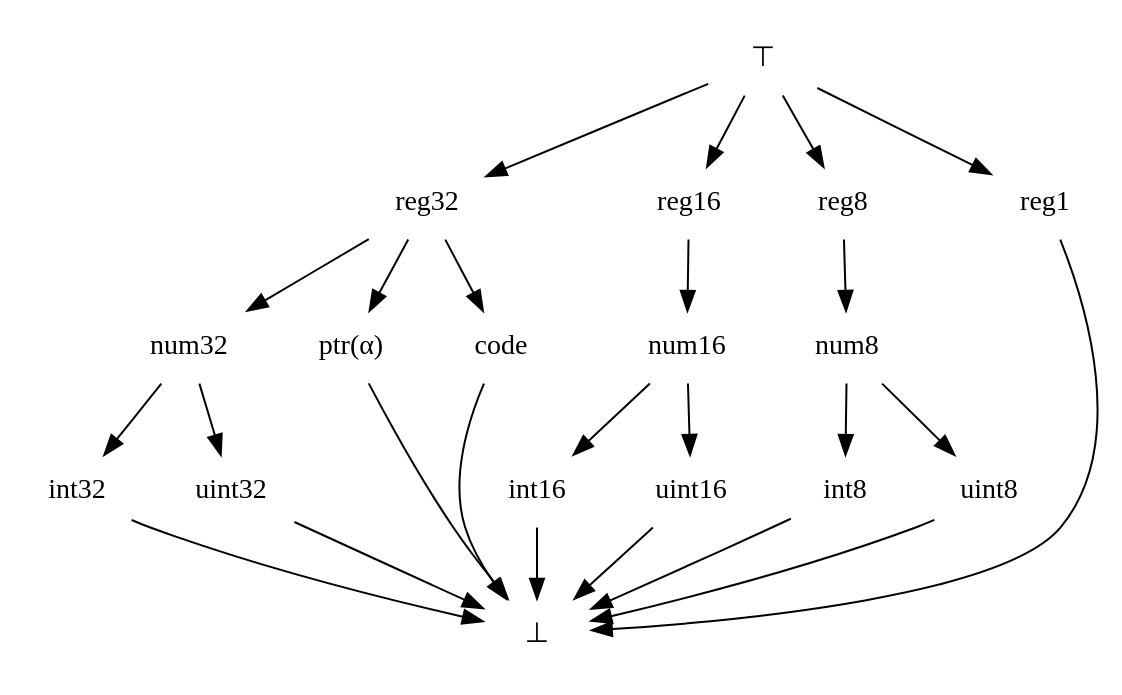
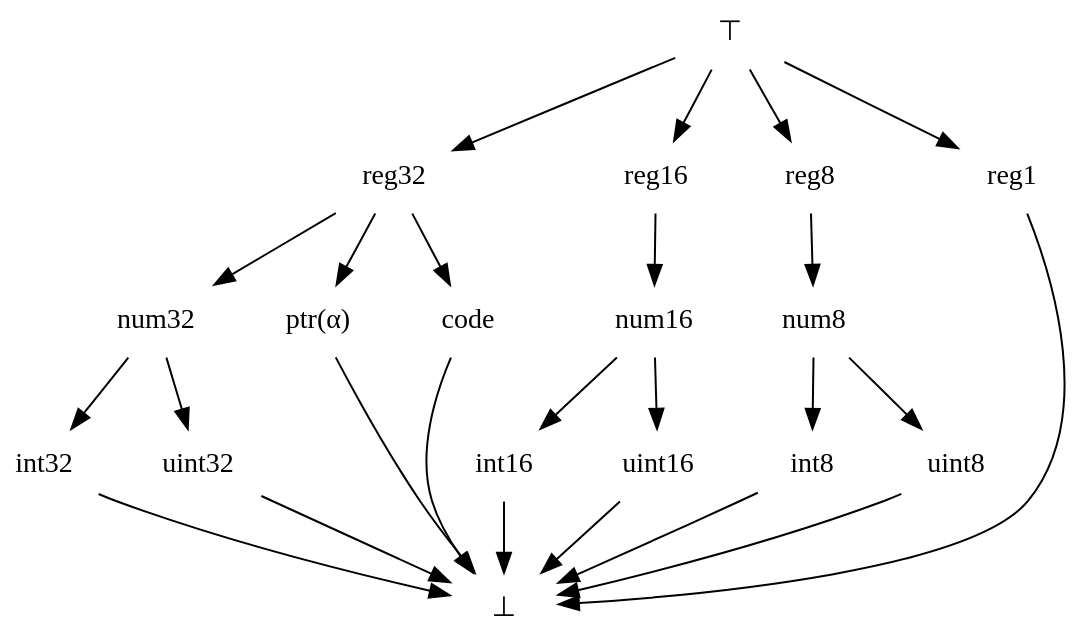
One commit to decomp/doc changed the diagram in report/type_analysis/inc/base_type_lattice.dot. Above: the diagram before and after it, drawn with Graphviz. The commit also changed 1 other file, not shown here.

Commit message:
type: make background base type lattice transparent

```diff
--- a/report/type_analysis/inc/base_type_lattice.dot
+++ b/report/type_analysis/inc/base_type_lattice.dot
@@ -1,36 +1,36 @@
 digraph {
-	//bgcolor=transparent
+	bgcolor=transparent
 	node [shape=none]
 
 	a [label="⊤"] // top element
 	b [label="reg32"]
 	c [label="reg16"]
 	d [label="reg8"]
 	e [label="reg1"]
 	f [label="num32"]
 	g [label="ptr(α)"]
 	h [label="code"]
 	i [label="num16"]
 	j [label="num8"]
 	k [label="int32"]
 	l [label="uint32"]
 	m [label="int16"]
 	n [label="uint16"]
 	o [label="int8"]
 	p [label="uint8"]
 	q [label="⊥"] // bottom element
 
 	a -> {b c d e}
 	b -> {f g h}
 	c -> i
 	d -> j
 	e -> q
 	f -> {k l}
 	g -> q
 	h -> q
 	i -> {m n}
 	j -> {o p}
 	{k l} -> q
 	{m n} -> q
 	{o p} -> q
 }
```
